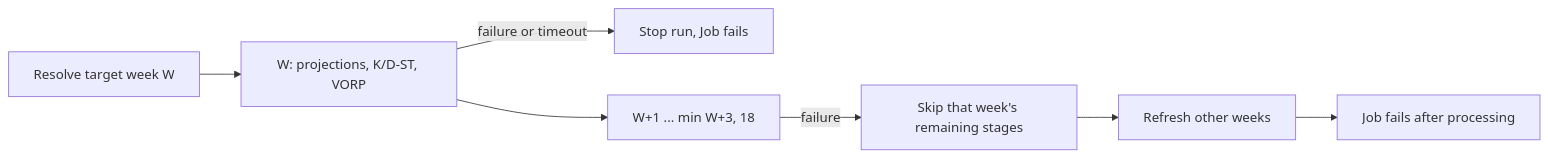
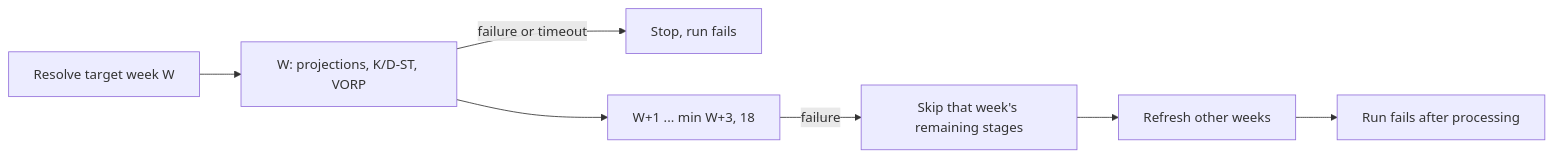
One commit to cvillarr23/fantasy-infra changed the second of 2 diagrams in docs/cronjob-schedule-order.md. Above: the diagram before and after it, drawn with Mermaid. The commit also changed other lines of this file and 28 other files, not shown here.

````diff
--- a/docs/cronjob-schedule-order.md
+++ b/docs/cronjob-schedule-order.md
@@ -69,9 +76,9 @@
 ```mermaid
 flowchart LR
     W[Resolve target week W] --> S1[W: projections, K/D-ST, VORP]
-    S1 -->|failure or timeout| Stop[Stop run, Job fails]
+    S1 -->|failure or timeout| Stop[Stop, run fails]
     S1 --> S2[W+1 ... min W+3, 18]
     S2 -->|failure| Skip[Skip that week's remaining stages]
     Skip --> Next[Refresh other weeks]
-    Next --> Fail[Job fails after processing]
+    Next --> Fail[Run fails after processing]
 ```
````
